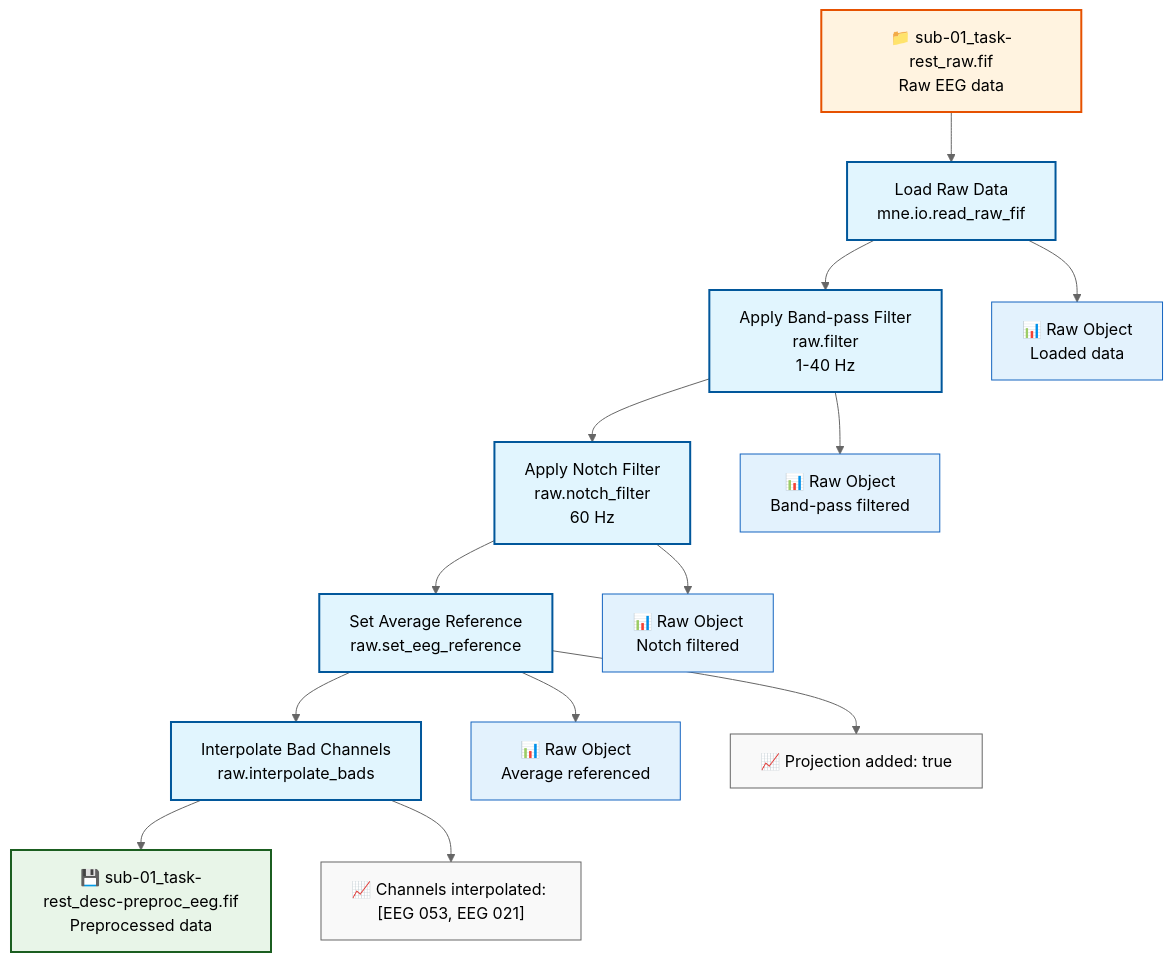
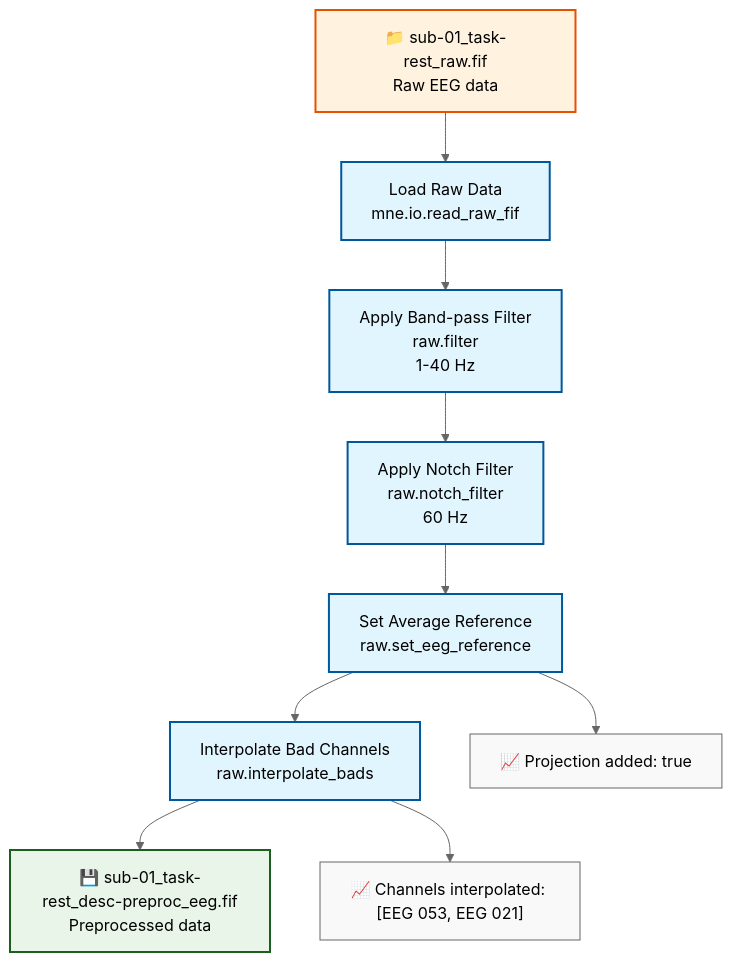
Before and after one commit to signalJourney/signalJourney: the diagram in docs/examples/basic_preprocessing_mne.md, drawn with Mermaid (neutral theme). The commit also changed 11 other files, not shown here.

````diff
--- a/docs/examples/basic_preprocessing_mne.md
+++ b/docs/examples/basic_preprocessing_mne.md
@@ -17,36 +17,28 @@
 ```mermaid
 flowchart TD
     A[Load Raw Data<br/>mne.io.read_raw_fif] --> B[Apply Band-pass Filter<br/>raw.filter<br/>1-40 Hz]
     B --> C[Apply Notch Filter<br/>raw.notch_filter<br/>60 Hz]
     C --> D[Set Average Reference<br/>raw.set_eeg_reference]
     D --> E[Interpolate Bad Channels<br/>raw.interpolate_bads]
     
-    %% Input from sourcedata
+    %% Input file
     F["📁 sub-01_task-rest_raw.fif<br/>Raw EEG data"] --> A
-    
-    %% Intermediate in-memory objects
-    A --> A1["📊 Raw Object<br/>Loaded data"]
-    B --> B1["📊 Raw Object<br/>Band-pass filtered"]
-    C --> C1["📊 Raw Object<br/>Notch filtered"]
-    D --> D1["📊 Raw Object<br/>Average referenced"]
     
     %% Final output
     E --> G["💾 sub-01_task-rest_desc-preproc_eeg.fif<br/>Preprocessed data"]
     
     %% Quality metrics
     D --> Q1["📈 Projection added: true"]
     E --> Q2["📈 Channels interpolated: [EEG 053, EEG 021]"]
 
     %% Styling
     classDef processStep fill:#e1f5fe,stroke:#01579b,stroke-width:2px
     classDef inputFile fill:#fff3e0,stroke:#e65100,stroke-width:2px
     classDef outputFile fill:#e8f5e8,stroke:#1b5e20,stroke-width:2px
-    classDef inMemoryData fill:#e3f2fd,stroke:#1565c0,stroke-width:1px
     classDef qualityMetric fill:#f9f9f9,stroke:#666,stroke-width:1px
 
     class A,B,C,D,E processStep
     class F inputFile
     class G outputFile
-    class A1,B1,C1,D1 inMemoryData
     class Q1,Q2 qualityMetric
 ```
````
